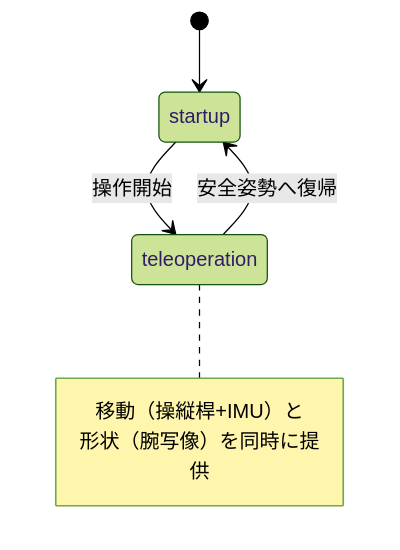
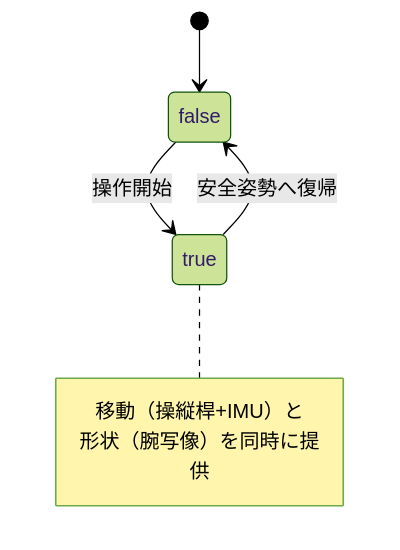
Before and after one commit to Tomoya-Oku/jsk_aerial_robot: the second of 2 diagrams in robots/dracomancer/docs/requirements.md, drawn with Mermaid (forest theme). The commit also changed other lines of this file and 11 other files, not shown here.

````diff
--- a/robots/dracomancer/docs/requirements.md
+++ b/robots/dracomancer/docs/requirements.md
@@ -78,10 +78,12 @@
 ```mermaid
 stateDiagram-v2
-    [*] --> startup
-    startup --> teleoperation: 操作開始
-    teleoperation --> startup: 安全姿勢へ復帰
-    note right of teleoperation
+    state "false" as off
+    state "true" as on
+    [*] --> off
+    off --> on: 操作開始
+    on --> off: 安全姿勢へ復帰
+    note right of on
       移動（操縦桿+IMU）と
       形状（腕写像）を同時に提供
     end note
 ```
````
